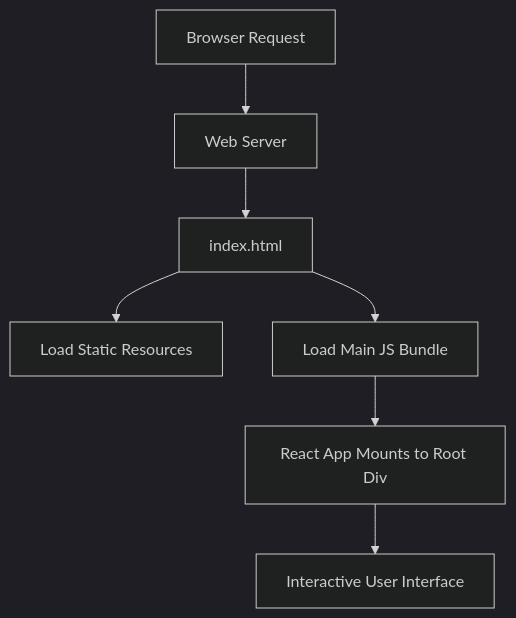
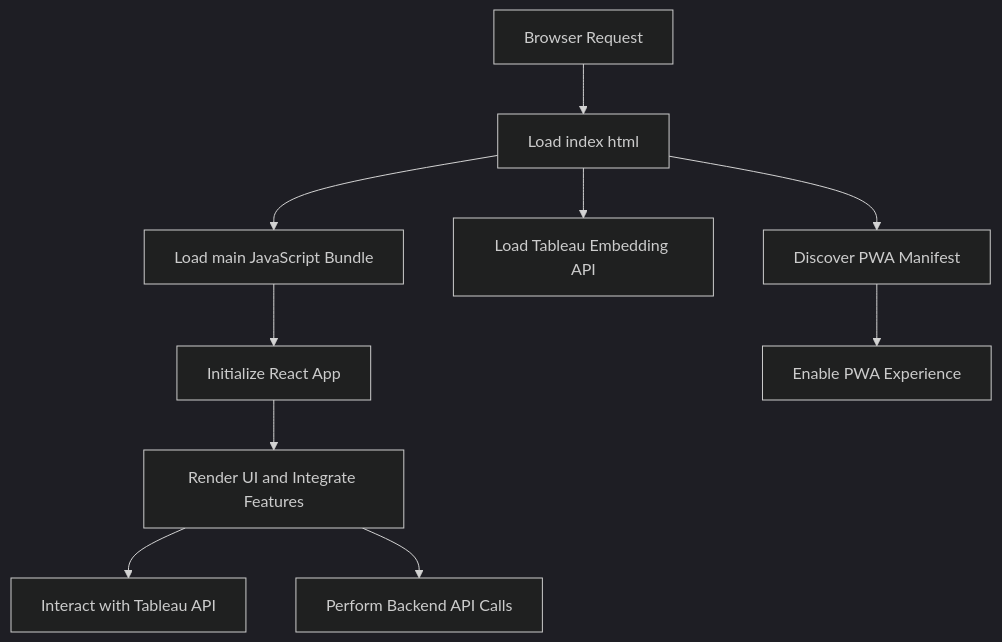
The diagram in docs/REPOSITORY_OVERVIEW.md (test-company-prowiz/tableau-frontend), drawn with Mermaid (dark theme) before and after one commit. The commit also changed other lines of this file, not shown here.

````diff
--- a/docs/REPOSITORY_OVERVIEW.md
+++ b/docs/REPOSITORY_OVERVIEW.md
@@ -43,9 +47,12 @@
 ```mermaid
 graph TD
-A[Browser Request] --> B[Web Server]
-B --> C[index.html]
-C --> D[Load Static Resources]
-C --> E[Load Main JS Bundle]
-E --> F[React App Mounts to Root Div]
-F --> G[Interactive User Interface]
+A[Browser Request] --> B[Load index html]
+B --> C[Load main JavaScript Bundle]
+B --> D[Load Tableau Embedding API]
+B --> E[Discover PWA Manifest]
+C --> F[Initialize React App]
+F --> G[Render UI and Integrate Features]
+G --> H[Interact with Tableau API]
+G --> I[Perform Backend API Calls]
+E --> J[Enable PWA Experience]
 ```
````
